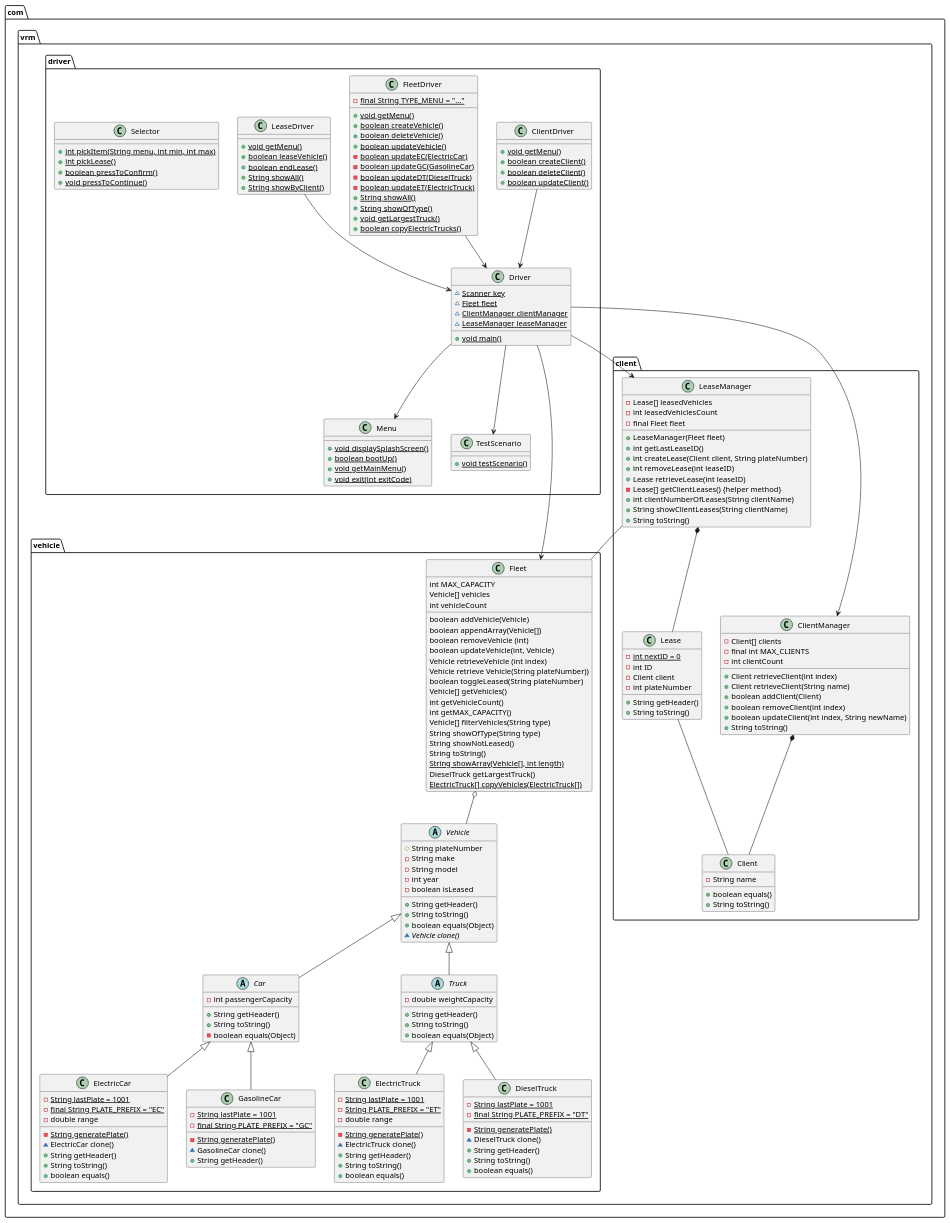
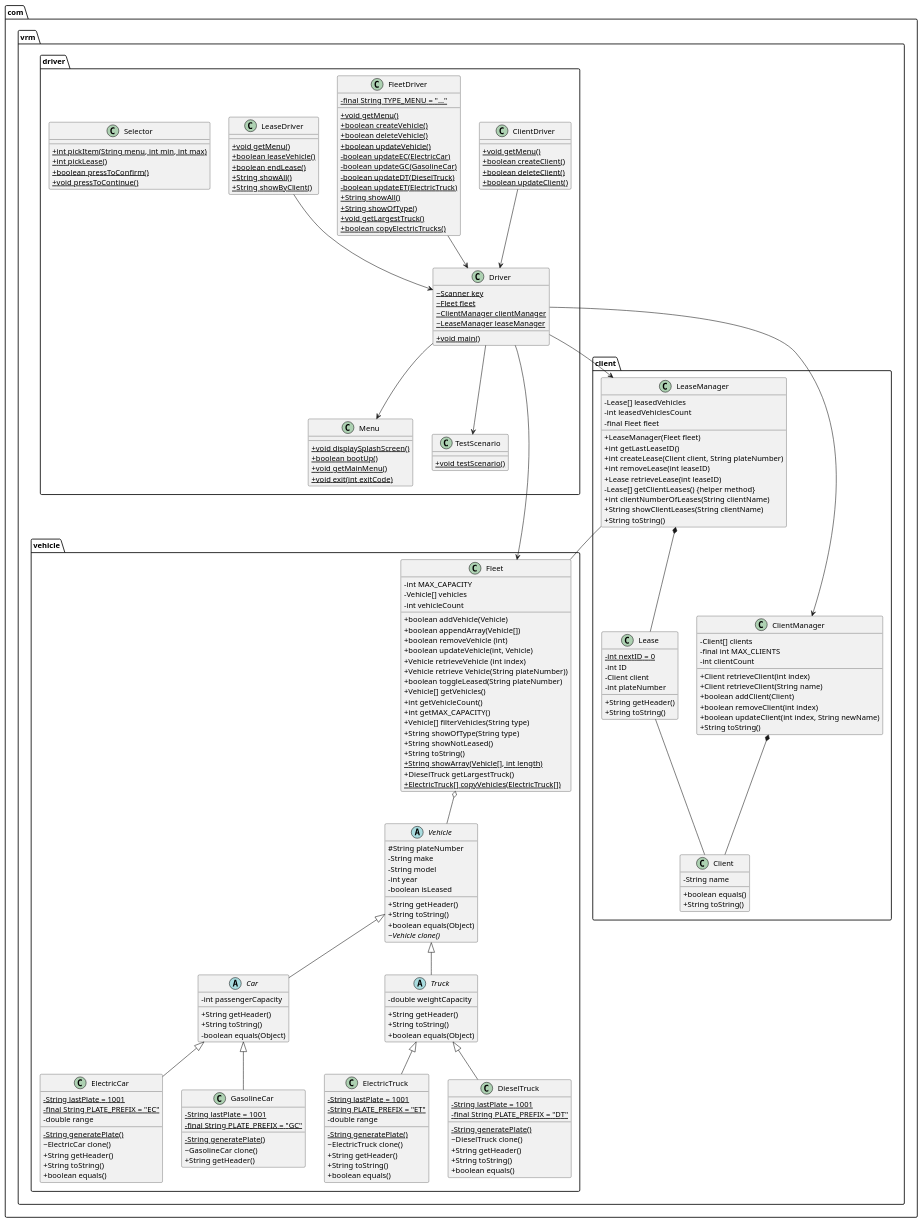
Before and after one commit to leoshussian/vehicle-rental-manager: the diagram in src/UML.puml, drawn with PlantUML. The commit also changed 3 other files, not shown here.

```diff
--- a/src/UML.puml
+++ b/src/UML.puml
@@ -1,8 +1,8 @@
 @startuml
 'TODO Finish UML'
 
-'https://plantuml.com/class-diagram
-'skinparam classAttributeIconSize 0
+skinparam classAttributeIconSize 0
+
 package com.vrm.vehicle {
     abstract class Vehicle {
         # String plateNumber
@@ -65,27 +65,27 @@
     }
 
     class Fleet {
-    int MAX_CAPACITY
-    Vehicle[] vehicles
-    int vehicleCount
+    - int MAX_CAPACITY
+    - Vehicle[] vehicles
+    - int vehicleCount
 
-    boolean addVehicle(Vehicle)
-    boolean appendArray(Vehicle[])
-    boolean removeVehicle (int)
-    boolean updateVehicle(int, Vehicle)
-    Vehicle retrieveVehicle (int index)
-    Vehicle retrieve Vehicle(String plateNumber))
-    boolean toggleLeased(String plateNumber)
-    Vehicle[] getVehicles()
-    int getVehicleCount()
-    int getMAX_CAPACITY()
-    Vehicle[] filterVehicles(String type)
-    String showOfType(String type)
-    String showNotLeased()
-    String toString()
-    {static} String showArray(Vehicle[], int length)
-    DieselTruck getLargestTruck()
-    {static} ElectricTruck[] copyVehicles(ElectricTruck[])
+    + boolean addVehicle(Vehicle)
+    + boolean appendArray(Vehicle[])
+    + boolean removeVehicle (int)
+    + boolean updateVehicle(int, Vehicle)
+    + Vehicle retrieveVehicle (int index)
+    + Vehicle retrieve Vehicle(String plateNumber))
+    + boolean toggleLeased(String plateNumber)
+    + Vehicle[] getVehicles()
+    + int getVehicleCount()
+    + int getMAX_CAPACITY()
+    + Vehicle[] filterVehicles(String type)
+    + String showOfType(String type)
+    + String showNotLeased()
+    + String toString()
+    + {static} String showArray(Vehicle[], int length)
+    + DieselTruck getLargestTruck()
+    + {static} ElectricTruck[] copyVehicles(ElectricTruck[])
     }
 
     Fleet o-- Vehicle
```
